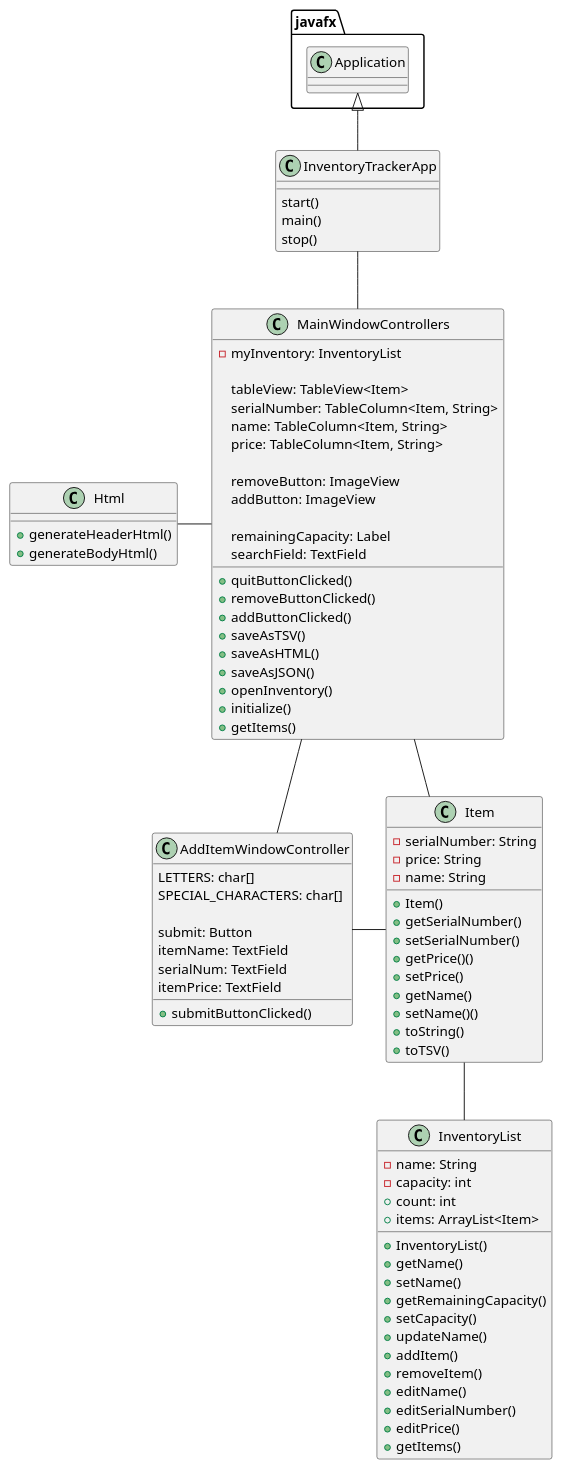
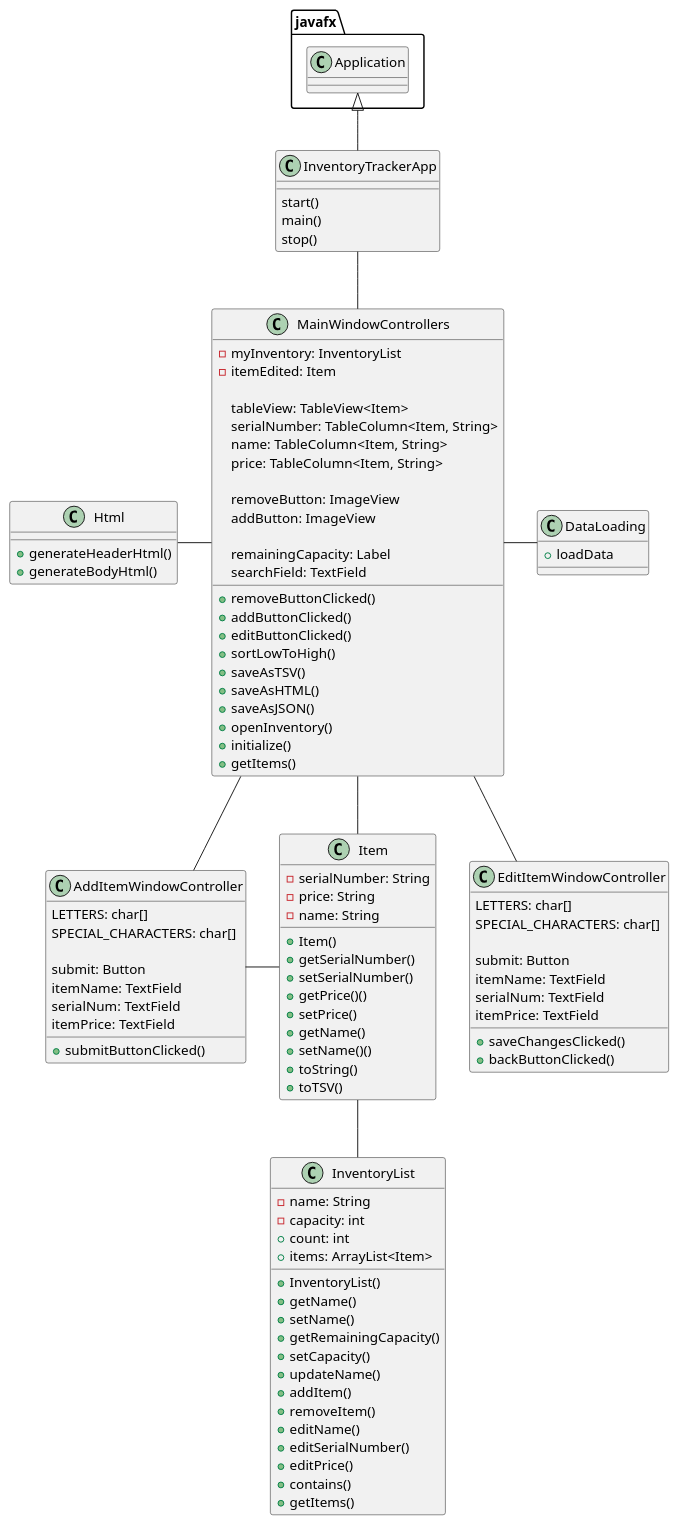
Before and after one commit to Melisac105/cabrera-2589-a5: the diagram in uml/appDiagram.puml, drawn with PlantUML. The commit also changed 16 other files, not shown here.

Commit message:
update uml, all requirements done, missing tests

```diff
--- a/uml/appDiagram.puml
+++ b/uml/appDiagram.puml
@@ -1,97 +1,119 @@
 @startuml
 'https://plantuml.com/sequence-diagram
 
 class InventoryTrackerApp {
     start()
     main()
     stop()
 }
 
 class MainWindowControllers {
     - myInventory: InventoryList
+    - itemEdited: Item
 
     tableView: TableView<Item>
     serialNumber: TableColumn<Item, String>
     name: TableColumn<Item, String>
     price: TableColumn<Item, String>
 
     removeButton: ImageView
     addButton: ImageView
 
     remainingCapacity: Label
     searchField: TextField
 
-    + quitButtonClicked()
     + removeButtonClicked()
     + addButtonClicked()
+    + editButtonClicked()
+    + sortLowToHigh()
     + saveAsTSV()
     + saveAsHTML()
     + saveAsJSON()
     + openInventory()
     + initialize()
     + getItems()
 }
 
 class AddItemWindowController {
     LETTERS: char[]
     SPECIAL_CHARACTERS: char[]
 
     submit: Button
     itemName: TextField
     serialNum: TextField
     itemPrice: TextField
 
     + submitButtonClicked()
+}
+
+class EditItemWindowController {
+    LETTERS: char[]
+    SPECIAL_CHARACTERS: char[]
+
+    submit: Button
+    itemName: TextField
+    serialNum: TextField
+    itemPrice: TextField
+
+    + saveChangesClicked()
+    + backButtonClicked()
 }
 
 class Item {
         - serialNumber: String
         - price: String
         - name: String
 
         + Item()
         + getSerialNumber()
         + setSerialNumber()
         + getPrice()()
         + setPrice()
         + getName()
         + setName()()
         + toString()
         + toTSV()
 }
 
 class InventoryList {
     - name: String
     - capacity: int
     + count: int
     + items: ArrayList<Item>
 
     + InventoryList()
     + getName()
     + setName()
     + getRemainingCapacity()
     + setCapacity()
     + updateName()
     + addItem()
     + removeItem()
     + editName()
     + editSerialNumber()
     + editPrice()
+    + contains()
     + getItems()
 }
 
 class Html {
     + generateHeaderHtml()
     + generateBodyHtml()
 }
 
+class DataLoading {
+    +loadData
+}
+
 
 javafx.Application <|-- InventoryTrackerApp
 InventoryTrackerApp -- MainWindowControllers
 MainWindowControllers -- AddItemWindowController
+MainWindowControllers -- EditItemWindowController
 MainWindowControllers - Item
+MainWindowControllers - DataLoading
 AddItemWindowController - Item
 Item -- InventoryList
 Html - MainWindowControllers
 
 @enduml
```
